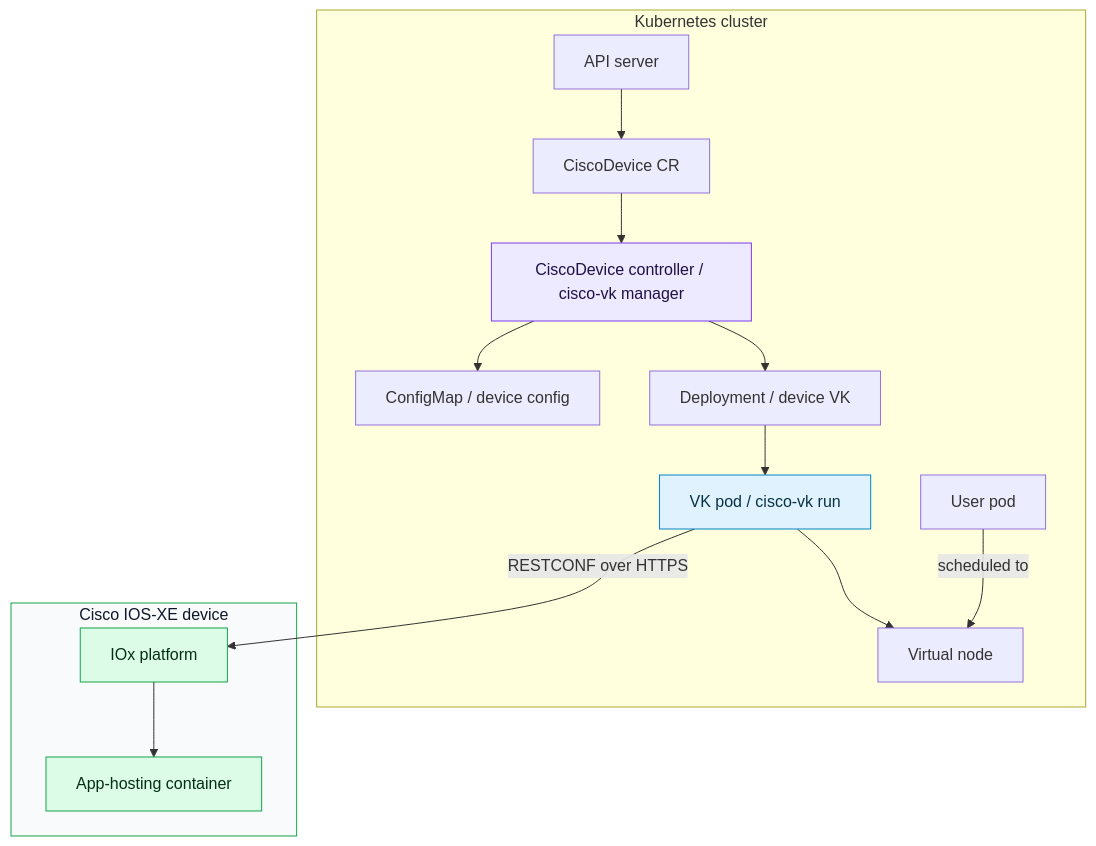
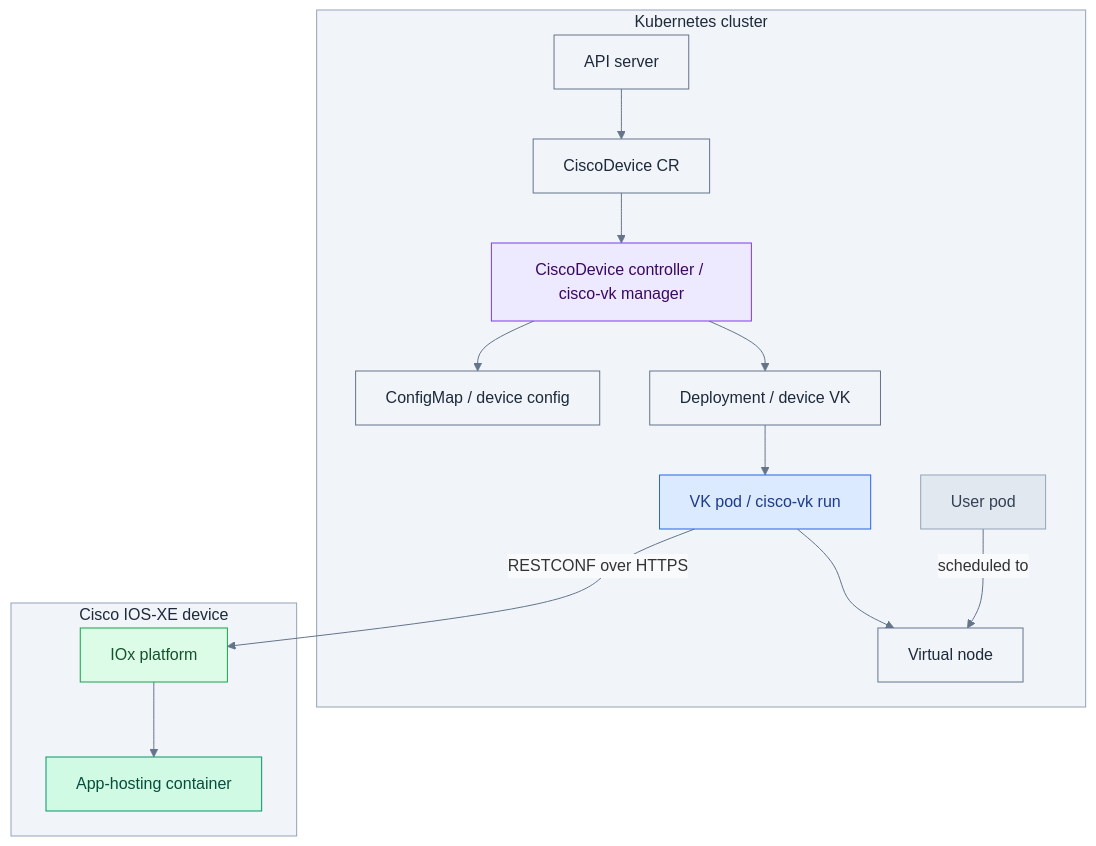
The first of 4 diagrams in docs/ARCHITECTURE.md (cisco-open/cisco-virtual-kubelet), drawn with Mermaid before and after one commit. The commit also changed 18 other files, not shown here.

````diff
--- a/docs/ARCHITECTURE.md
+++ b/docs/ARCHITECTURE.md
@@ -20,34 +20,40 @@
 ```mermaid
+%%{init: {'theme': 'base', 'themeVariables': {'background': '#ffffff', 'mainBkg': '#f8fafc', 'clusterBkg': '#f1f5f9', 'clusterBorder': '#94a3b8', 'lineColor': '#64748b', 'edgeLabelBackground': '#f8fafc', 'titleColor': '#1e293b'}}}%%
 flowchart TB
     subgraph Cluster["Kubernetes cluster"]
         API["API server"]
         CRD["CiscoDevice CR"]
         Controller["CiscoDevice controller / cisco-vk manager"]
         CM["ConfigMap / device config"]
         Dep["Deployment / device VK"]
         VK["VK pod / cisco-vk run"]
         Node["Virtual node"]
         Pod["User pod"]
     end
 
     subgraph IOSXE["Cisco IOS-XE device"]
         IOx["IOx platform"]
         Container["App-hosting container"]
     end
 
     API --> CRD
     CRD --> Controller
     Controller --> CM
     Controller --> Dep
     Dep --> VK
     VK --> Node
     Pod -->|"scheduled to"| Node
     VK -->|"RESTCONF over HTTPS"| IOx
     IOx --> Container
 
-    style Controller fill:#ede9fe,stroke:#7c3aed,color:#1f1147
-    style VK fill:#e0f2fe,stroke:#0284c7,color:#083344
-    style IOx fill:#dcfce7,stroke:#16a34a,color:#052e16
-    style Container fill:#dcfce7,stroke:#16a34a,color:#052e16
-    style IOSXE fill:#f8fafc,stroke:#16a34a,color:#0f172a
+    style Controller fill:#ede9fe,stroke:#7c3aed,color:#3b0764
+    style VK fill:#dbeafe,stroke:#2563eb,color:#1e3a8a
+    style IOx fill:#dcfce7,stroke:#16a34a,color:#14532d
+    style Container fill:#d1fae5,stroke:#059669,color:#064e3b
+    style API fill:#f1f5f9,stroke:#64748b,color:#1e293b
+    style CRD fill:#f1f5f9,stroke:#64748b,color:#1e293b
+    style CM fill:#f1f5f9,stroke:#64748b,color:#1e293b
+    style Dep fill:#f1f5f9,stroke:#64748b,color:#1e293b
+    style Node fill:#f1f5f9,stroke:#64748b,color:#1e293b
+    style Pod fill:#e2e8f0,stroke:#94a3b8,color:#334155
 ```
````
